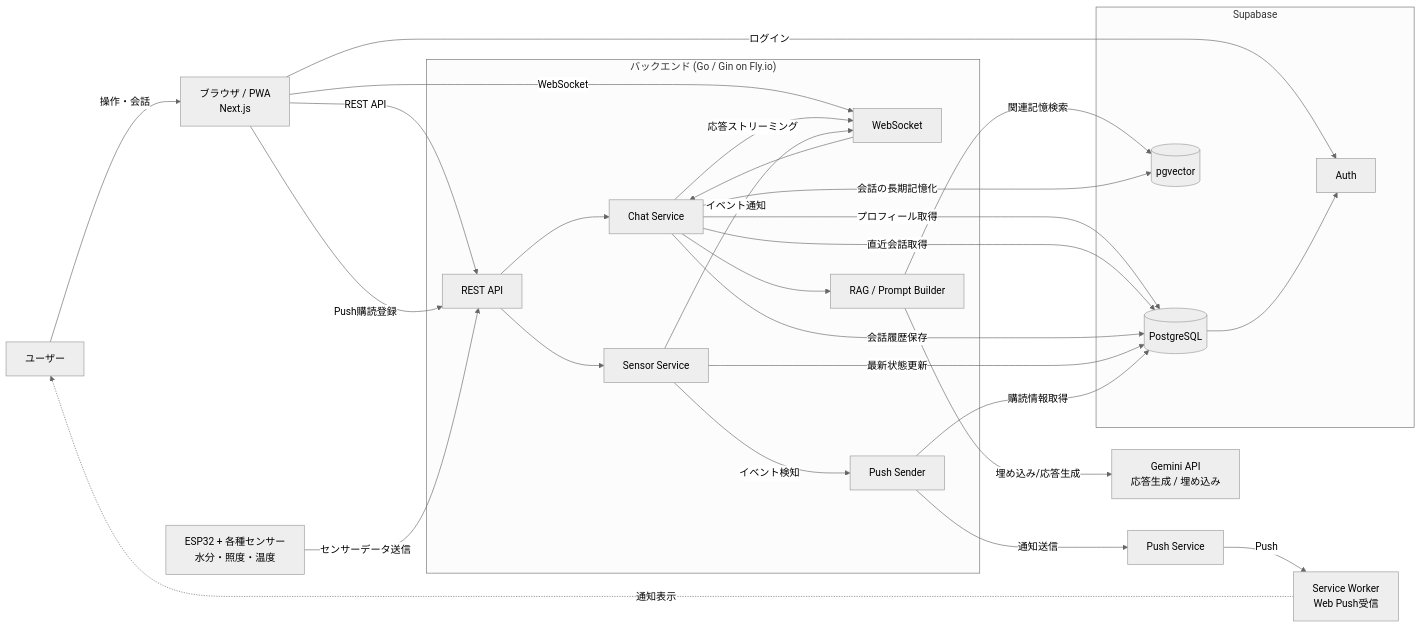
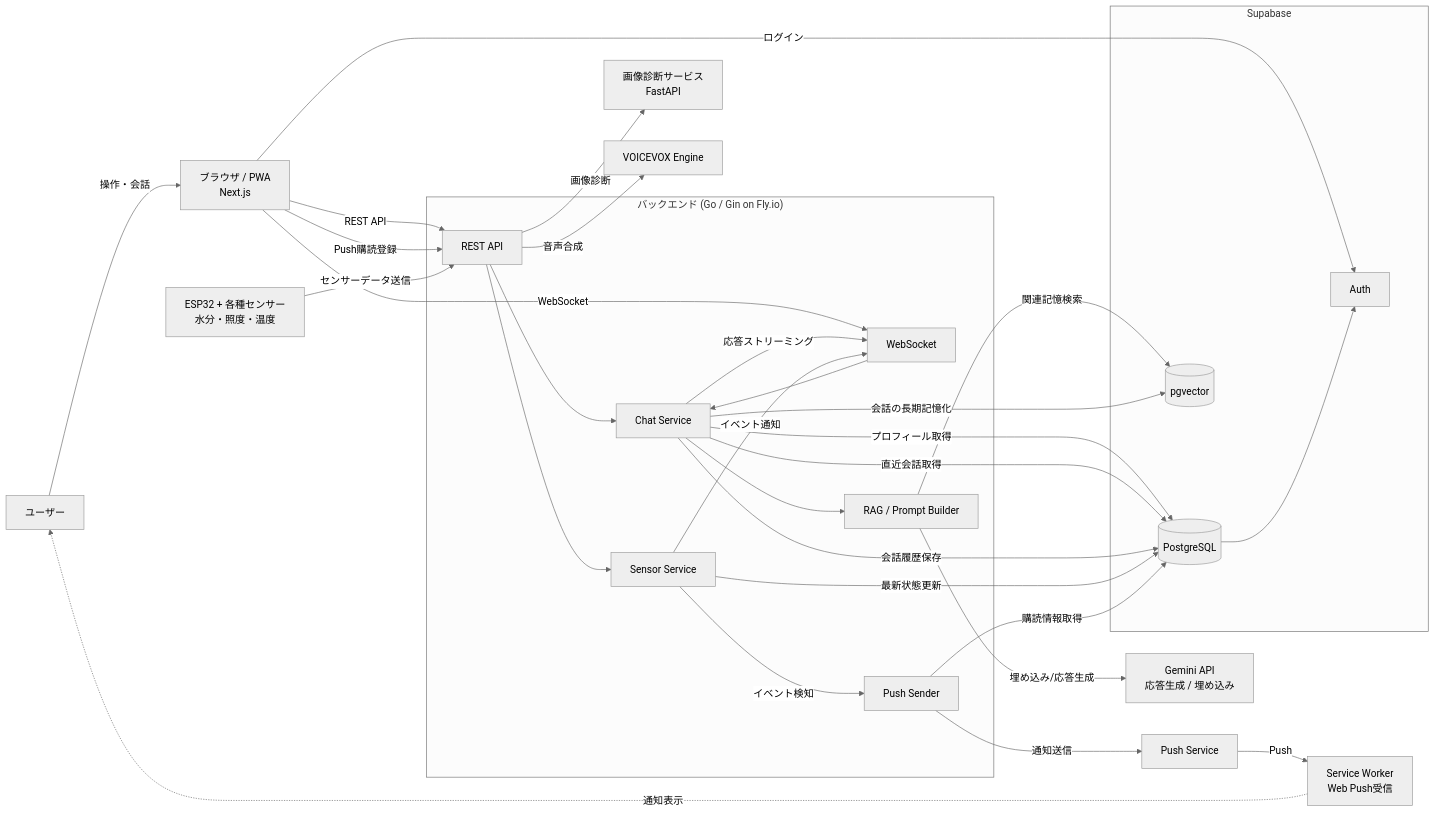
Before and after one commit to DCON2026-mAIzuru/kotonoha: the diagram in docs/Architecture/system-architecture-diagram.md, drawn with Mermaid (neutral theme). The commit also changed other lines of this file and 10 other files, not shown here.

````diff
--- a/docs/Architecture/system-architecture-diagram.md
+++ b/docs/Architecture/system-architecture-diagram.md
@@ -12,56 +14,60 @@
 ```mermaid
 flowchart LR
     user[ユーザー]
     browser[ブラウザ / PWA<br/>Next.js]
     sw[Service Worker<br/>Web Push受信]
     esp[ESP32 + 各種センサー<br/>水分・照度・温度]
 
     subgraph backend["バックエンド (Go / Gin on Fly.io)"]
         api[REST API]
         ws[WebSocket]
         chat[Chat Service]
         sensor[Sensor Service]
         push[Push Sender]
         rag[RAG / Prompt Builder]
     end
 
     subgraph supabase["Supabase"]
         auth[Auth]
         db[(PostgreSQL)]
         vector[(pgvector)]
     end
 
     llm[Gemini API<br/>応答生成 / 埋め込み]
     pushsvc[Push Service]
+    dl[画像診断サービス<br/>FastAPI]
+    voice[VOICEVOX Engine]
 
     user -->|操作・会話| browser
     browser -->|ログイン| auth
     browser -->|REST API| api
     browser -->|WebSocket| ws
     browser -->|Push購読登録| api
     sw -.通知表示.-> user
 
     esp -->|センサーデータ送信| api
 
     api --> chat
     api --> sensor
+    api -->|画像診断| dl
+    api -->|音声合成| voice
     ws --> chat
 
     chat -->|プロフィール取得| db
     chat -->|直近会話取得| db
     chat --> rag
     rag -->|関連記憶検索| vector
     rag -->|埋め込み/応答生成| llm
     chat -->|会話履歴保存| db
     chat -->|会話の長期記憶化| vector
     chat -->|応答ストリーミング| ws
 
     sensor -->|最新状態更新| db
     sensor -->|イベント検知| push
     sensor -->|イベント通知| ws
     push -->|購読情報取得| db
     push -->|通知送信| pushsvc
     pushsvc -->|Push| sw
 
     db --> auth
 ```
````
